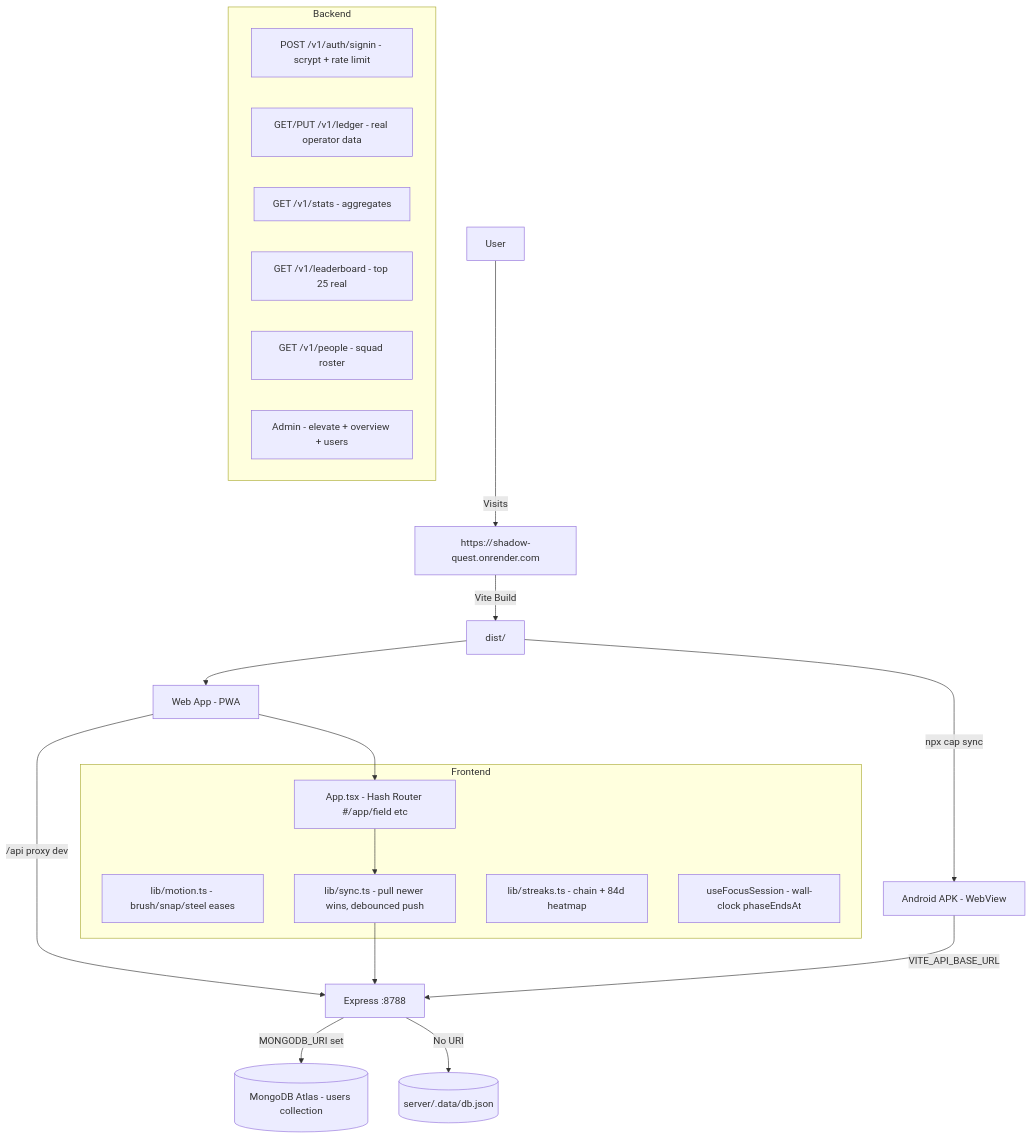
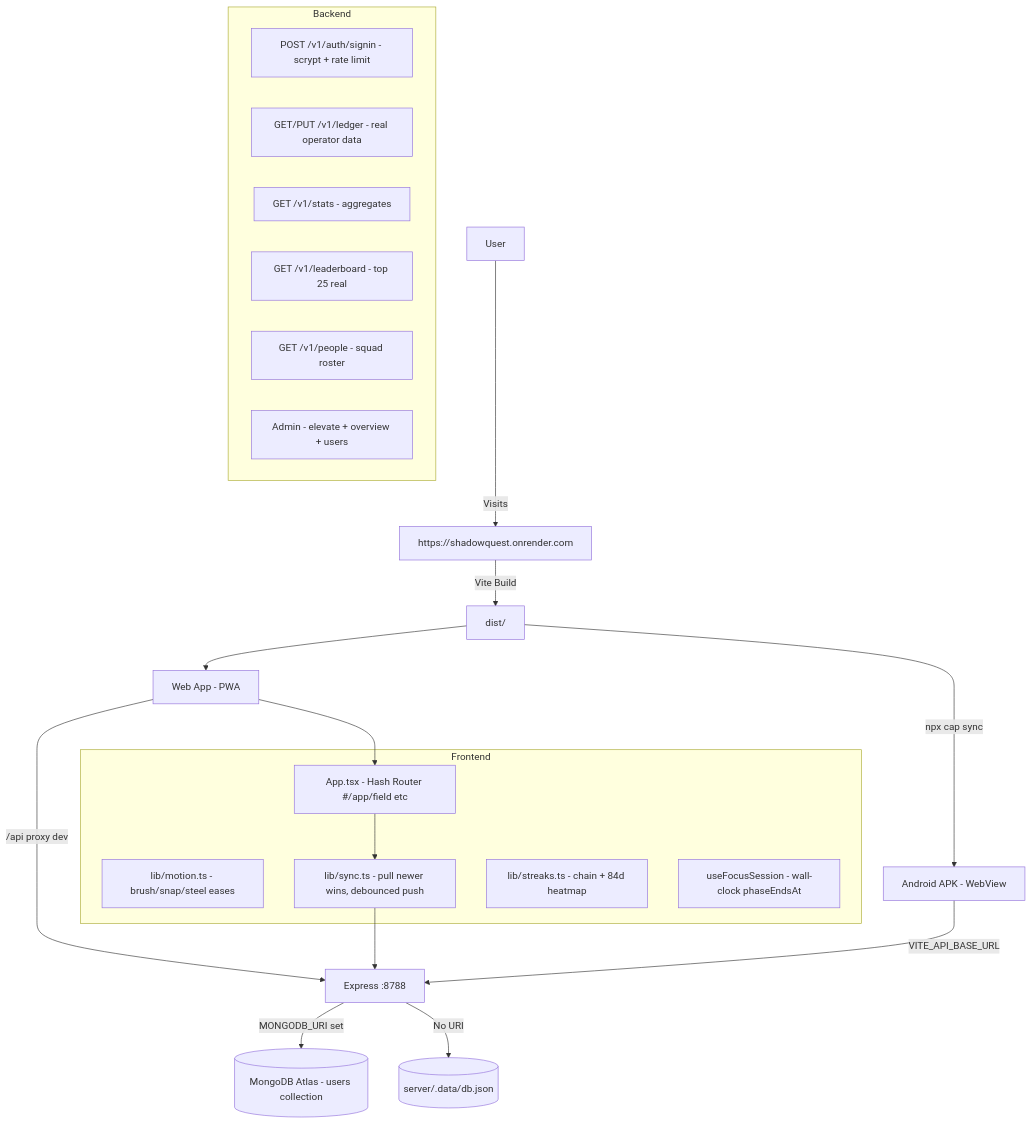
One commit to ssambit635-svg/Shadow-quest changed the diagram in README.md. Above: the diagram before and after it, drawn with Mermaid. The commit also changed other lines of this file and 10 other files, not shown here.

````diff
--- a/README.md
+++ b/README.md
@@ -187,35 +187,35 @@
 ```mermaid
 flowchart TD
-    User -->|Visits| Live[https://shadow-quest.onrender.com]
+    User -->|Visits| Live[https://shadowquest.onrender.com]
     Live -->|Vite Build| Bundle[dist/]
     
     Bundle --> Web[Web App - PWA]
     Bundle -->|npx cap sync| Android[Android APK - WebView]
     
     Web -->|/api proxy dev| API[Express :8788]
     Android -->|VITE_API_BASE_URL| API
     
     API -->|MONGODB_URI set| Mongo[(MongoDB Atlas - users collection)]
     API -->|No URI| File[(server/.data/db.json)]
     
     subgraph Frontend
         App[App.tsx - Hash Router #/app/field etc]
         Motion[lib/motion.ts - brush/snap/steel eases]
         Sync[lib/sync.ts - pull newer wins, debounced push]
         Streaks[lib/streaks.ts - chain + 84d heatmap]
         Session[useFocusSession - wall-clock phaseEndsAt]
     end
     
     subgraph Backend
         Auth[POST /v1/auth/signin - scrypt + rate limit]
         Ledger[GET/PUT /v1/ledger - real operator data]
         Stats[GET /v1/stats - aggregates]
         Ladder[GET /v1/leaderboard - top 25 real]
         People[GET /v1/people - squad roster]
         Admin[Admin - elevate + overview + users]
     end
     
     Web --> App
     App --> Sync
     Sync --> API
 ```
````
